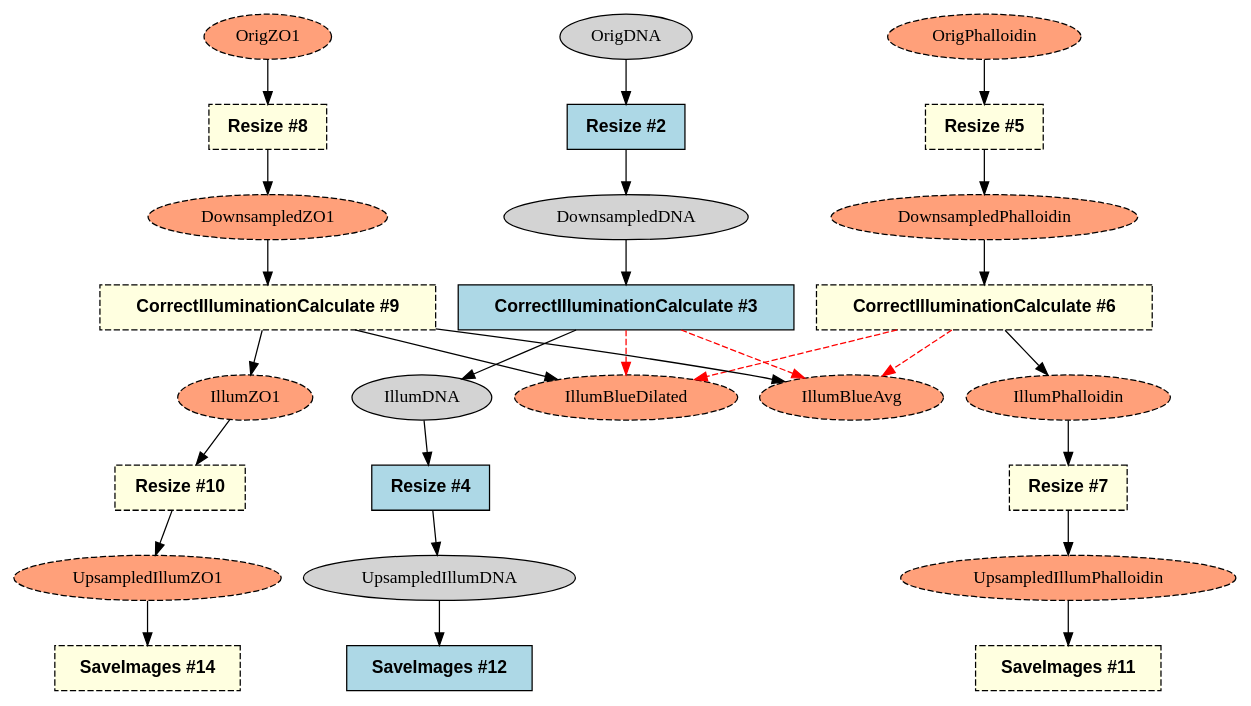
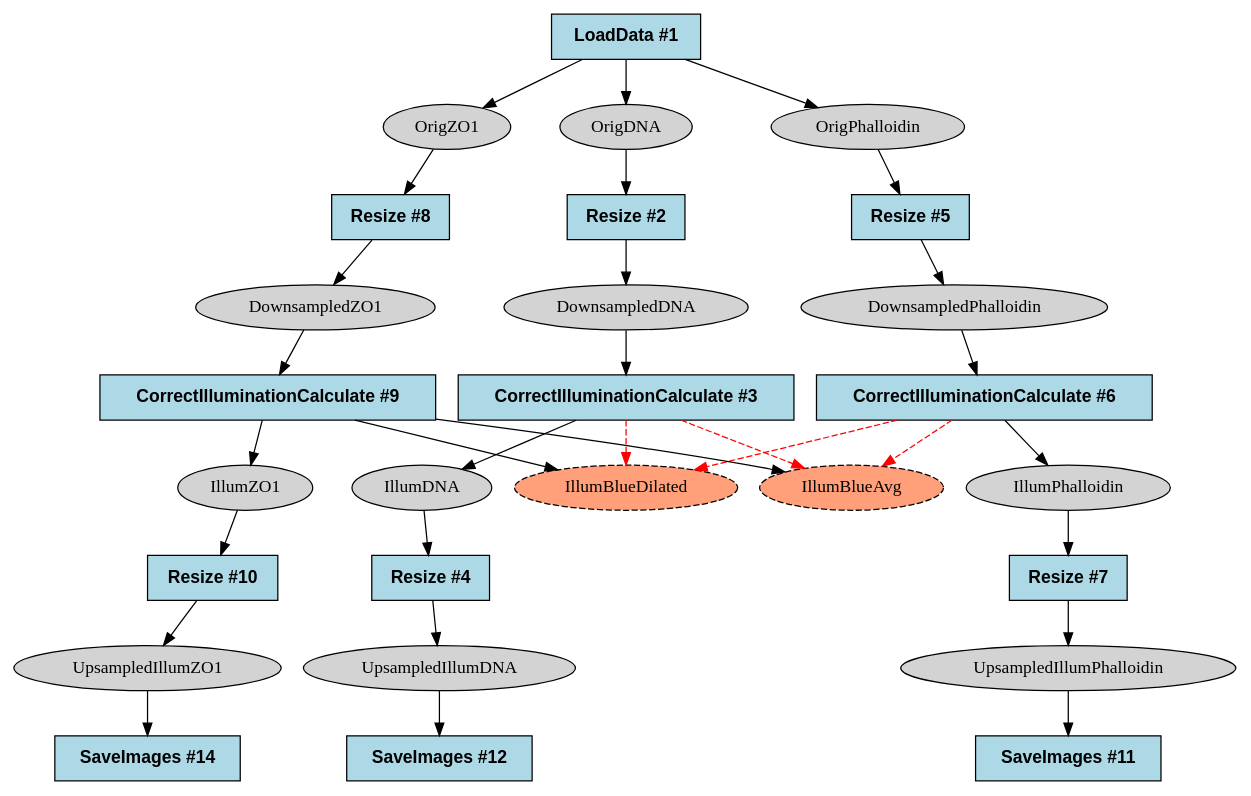
Before and after one commit to shntnu/cp_graph: the diagram in examples/output/illum_highlight.dot, drawn with Graphviz. The commit also changed 13 other files, not shown here.

```diff
--- a/examples/output/illum_highlight.dot
+++ b/examples/output/illum_highlight.dot
@@ -1,55 +1,59 @@
 strict digraph {
-CorrectIlluminationCalculate_2ab137a7 [type=module, label="CorrectIlluminationCalculate #6", module_name=CorrectIlluminationCalculate, module_num=6, original_num=6, stable_id="CorrectIlluminationCalculate_2ab137a7", enabled=True, filtered=True, shape=box, style="filled,dashed", fontname="Helvetica-Bold", fillcolor=lightyellow];
-CorrectIlluminationCalculate_cd0871b [type=module, label="CorrectIlluminationCalculate #9", module_name=CorrectIlluminationCalculate, module_num=9, original_num=9, stable_id="CorrectIlluminationCalculate_cd0871b", enabled=True, filtered=True, shape=box, style="filled,dashed", fontname="Helvetica-Bold", fillcolor=lightyellow];
+CorrectIlluminationCalculate_2ab137a7 [type=module, label="CorrectIlluminationCalculate #6", module_name=CorrectIlluminationCalculate, module_num=6, original_num=6, stable_id="CorrectIlluminationCalculate_2ab137a7", enabled=True, shape=box, style=filled, fontname="Helvetica-Bold", fillcolor=lightblue];
+CorrectIlluminationCalculate_cd0871b [type=module, label="CorrectIlluminationCalculate #9", module_name=CorrectIlluminationCalculate, module_num=9, original_num=9, stable_id="CorrectIlluminationCalculate_cd0871b", enabled=True, shape=box, style=filled, fontname="Helvetica-Bold", fillcolor=lightblue];
 CorrectIlluminationCalculate_e3750f2a [type=module, label="CorrectIlluminationCalculate #3", module_name=CorrectIlluminationCalculate, module_num=3, original_num=3, stable_id="CorrectIlluminationCalculate_e3750f2a", enabled=True, shape=box, style=filled, fontname="Helvetica-Bold", fillcolor=lightblue];
+LoadData_cbe5cfdf [type=module, label="LoadData #1", module_name=LoadData, module_num=1, original_num=1, stable_id="LoadData_cbe5cfdf", enabled=True, shape=box, style=filled, fontname="Helvetica-Bold", fillcolor=lightblue];
 Resize_32606b38 [type=module, label="Resize #2", module_name=Resize, module_num=2, original_num=2, stable_id="Resize_32606b38", enabled=True, shape=box, style=filled, fontname="Helvetica-Bold", fillcolor=lightblue];
-Resize_6f9ec43f [type=module, label="Resize #10", module_name=Resize, module_num=10, original_num=10, stable_id="Resize_6f9ec43f", enabled=True, filtered=True, shape=box, style="filled,dashed", fontname="Helvetica-Bold", fillcolor=lightyellow];
-Resize_9779805 [type=module, label="Resize #5", module_name=Resize, module_num=5, original_num=5, stable_id="Resize_9779805", enabled=True, filtered=True, shape=box, style="filled,dashed", fontname="Helvetica-Bold", fillcolor=lightyellow];
+Resize_6f9ec43f [type=module, label="Resize #10", module_name=Resize, module_num=10, original_num=10, stable_id="Resize_6f9ec43f", enabled=True, shape=box, style=filled, fontname="Helvetica-Bold", fillcolor=lightblue];
+Resize_9779805 [type=module, label="Resize #5", module_name=Resize, module_num=5, original_num=5, stable_id="Resize_9779805", enabled=True, shape=box, style=filled, fontname="Helvetica-Bold", fillcolor=lightblue];
 Resize_a3b11500 [type=module, label="Resize #4", module_name=Resize, module_num=4, original_num=4, stable_id="Resize_a3b11500", enabled=True, shape=box, style=filled, fontname="Helvetica-Bold", fillcolor=lightblue];
-Resize_b00c8387 [type=module, label="Resize #8", module_name=Resize, module_num=8, original_num=8, stable_id="Resize_b00c8387", enabled=True, filtered=True, shape=box, style="filled,dashed", fontname="Helvetica-Bold", fillcolor=lightyellow];
-Resize_fd94763b [type=module, label="Resize #7", module_name=Resize, module_num=7, original_num=7, stable_id="Resize_fd94763b", enabled=True, filtered=True, shape=box, style="filled,dashed", fontname="Helvetica-Bold", fillcolor=lightyellow];
-SaveImages_392621f0 [type=module, label="SaveImages #11", module_name=SaveImages, module_num=11, original_num=11, stable_id="SaveImages_392621f0", enabled=True, filtered=True, shape=box, style="filled,dashed", fontname="Helvetica-Bold", fillcolor=lightyellow];
-SaveImages_46180921 [type=module, label="SaveImages #14", module_name=SaveImages, module_num=14, original_num=14, stable_id="SaveImages_46180921", enabled=True, filtered=True, shape=box, style="filled,dashed", fontname="Helvetica-Bold", fillcolor=lightyellow];
+Resize_b00c8387 [type=module, label="Resize #8", module_name=Resize, module_num=8, original_num=8, stable_id="Resize_b00c8387", enabled=True, shape=box, style=filled, fontname="Helvetica-Bold", fillcolor=lightblue];
+Resize_fd94763b [type=module, label="Resize #7", module_name=Resize, module_num=7, original_num=7, stable_id="Resize_fd94763b", enabled=True, shape=box, style=filled, fontname="Helvetica-Bold", fillcolor=lightblue];
+SaveImages_392621f0 [type=module, label="SaveImages #11", module_name=SaveImages, module_num=11, original_num=11, stable_id="SaveImages_392621f0", enabled=True, shape=box, style=filled, fontname="Helvetica-Bold", fillcolor=lightblue];
+SaveImages_46180921 [type=module, label="SaveImages #14", module_name=SaveImages, module_num=14, original_num=14, stable_id="SaveImages_46180921", enabled=True, shape=box, style=filled, fontname="Helvetica-Bold", fillcolor=lightblue];
 SaveImages_4cf7a938 [type=module, label="SaveImages #12", module_name=SaveImages, module_num=12, original_num=12, stable_id="SaveImages_4cf7a938", enabled=True, shape=box, style=filled, fontname="Helvetica-Bold", fillcolor=lightblue];
 image__DownsampledDNA [type=image, label=DownsampledDNA, shape=ellipse, style=filled, fillcolor=lightgray];
-image__DownsampledPhalloidin [type=image, label=DownsampledPhalloidin, filtered=True, shape=ellipse, style="filled,dashed", fillcolor=lightsalmon];
-image__DownsampledZO1 [type=image, label=DownsampledZO1, filtered=True, shape=ellipse, style="filled,dashed", fillcolor=lightsalmon];
+image__DownsampledPhalloidin [type=image, label=DownsampledPhalloidin, shape=ellipse, style=filled, fillcolor=lightgray];
+image__DownsampledZO1 [type=image, label=DownsampledZO1, shape=ellipse, style=filled, fillcolor=lightgray];
 image__IllumBlueAvg [type=image, label=IllumBlueAvg, filtered=True, shape=ellipse, style="filled,dashed", fillcolor=lightsalmon];
 image__IllumBlueDilated [type=image, label=IllumBlueDilated, filtered=True, shape=ellipse, style="filled,dashed", fillcolor=lightsalmon];
 image__IllumDNA [type=image, label=IllumDNA, shape=ellipse, style=filled, fillcolor=lightgray];
-image__IllumPhalloidin [type=image, label=IllumPhalloidin, filtered=True, shape=ellipse, style="filled,dashed", fillcolor=lightsalmon];
-image__IllumZO1 [type=image, label=IllumZO1, filtered=True, shape=ellipse, style="filled,dashed", fillcolor=lightsalmon];
+image__IllumPhalloidin [type=image, label=IllumPhalloidin, shape=ellipse, style=filled, fillcolor=lightgray];
+image__IllumZO1 [type=image, label=IllumZO1, shape=ellipse, style=filled, fillcolor=lightgray];
 image__OrigDNA [type=image, label=OrigDNA, shape=ellipse, style=filled, fillcolor=lightgray];
-image__OrigPhalloidin [type=image, label=OrigPhalloidin, filtered=True, shape=ellipse, style="filled,dashed", fillcolor=lightsalmon];
-image__OrigZO1 [type=image, label=OrigZO1, filtered=True, shape=ellipse, style="filled,dashed", fillcolor=lightsalmon];
+image__OrigPhalloidin [type=image, label=OrigPhalloidin, shape=ellipse, style=filled, fillcolor=lightgray];
+image__OrigZO1 [type=image, label=OrigZO1, shape=ellipse, style=filled, fillcolor=lightgray];
 image__UpsampledIllumDNA [type=image, label=UpsampledIllumDNA, shape=ellipse, style=filled, fillcolor=lightgray];
-image__UpsampledIllumPhalloidin [type=image, label=UpsampledIllumPhalloidin, filtered=True, shape=ellipse, style="filled,dashed", fillcolor=lightsalmon];
-image__UpsampledIllumZO1 [type=image, label=UpsampledIllumZO1, filtered=True, shape=ellipse, style="filled,dashed", fillcolor=lightsalmon];
+image__UpsampledIllumPhalloidin [type=image, label=UpsampledIllumPhalloidin, shape=ellipse, style=filled, fillcolor=lightgray];
+image__UpsampledIllumZO1 [type=image, label=UpsampledIllumZO1, shape=ellipse, style=filled, fillcolor=lightgray];
 CorrectIlluminationCalculate_2ab137a7 -> image__IllumBlueAvg [type="image_output", filtered=True, style=dashed, color=red];
 CorrectIlluminationCalculate_2ab137a7 -> image__IllumBlueDilated [type="image_output", filtered=True, style=dashed, color=red];
 CorrectIlluminationCalculate_2ab137a7 -> image__IllumPhalloidin [type="image_output"];
 CorrectIlluminationCalculate_cd0871b -> image__IllumBlueAvg [type="image_output"];
 CorrectIlluminationCalculate_cd0871b -> image__IllumBlueDilated [type="image_output"];
 CorrectIlluminationCalculate_cd0871b -> image__IllumZO1 [type="image_output"];
 CorrectIlluminationCalculate_e3750f2a -> image__IllumBlueAvg [type="image_output", filtered=True, style=dashed, color=red];
 CorrectIlluminationCalculate_e3750f2a -> image__IllumBlueDilated [type="image_output", filtered=True, style=dashed, color=red];
 CorrectIlluminationCalculate_e3750f2a -> image__IllumDNA [type="image_output"];
+LoadData_cbe5cfdf -> image__OrigDNA [type="image_output"];
+LoadData_cbe5cfdf -> image__OrigPhalloidin [type="image_output"];
+LoadData_cbe5cfdf -> image__OrigZO1 [type="image_output"];
 Resize_32606b38 -> image__DownsampledDNA [type="image_output"];
 Resize_6f9ec43f -> image__UpsampledIllumZO1 [type="image_output"];
 Resize_9779805 -> image__DownsampledPhalloidin [type="image_output"];
 Resize_a3b11500 -> image__UpsampledIllumDNA [type="image_output"];
 Resize_b00c8387 -> image__DownsampledZO1 [type="image_output"];
 Resize_fd94763b -> image__UpsampledIllumPhalloidin [type="image_output"];
 image__DownsampledDNA -> CorrectIlluminationCalculate_e3750f2a [type="image_input"];
 image__DownsampledPhalloidin -> CorrectIlluminationCalculate_2ab137a7 [type="image_input"];
 image__DownsampledZO1 -> CorrectIlluminationCalculate_cd0871b [type="image_input"];
 image__IllumDNA -> Resize_a3b11500 [type="image_input"];
 image__IllumPhalloidin -> Resize_fd94763b [type="image_input"];
 image__IllumZO1 -> Resize_6f9ec43f [type="image_input"];
 image__OrigDNA -> Resize_32606b38 [type="image_input"];
 image__OrigPhalloidin -> Resize_9779805 [type="image_input"];
 image__OrigZO1 -> Resize_b00c8387 [type="image_input"];
 image__UpsampledIllumDNA -> SaveImages_4cf7a938 [type="image_input"];
 image__UpsampledIllumPhalloidin -> SaveImages_392621f0 [type="image_input"];
 image__UpsampledIllumZO1 -> SaveImages_46180921 [type="image_input"];
 }
```
